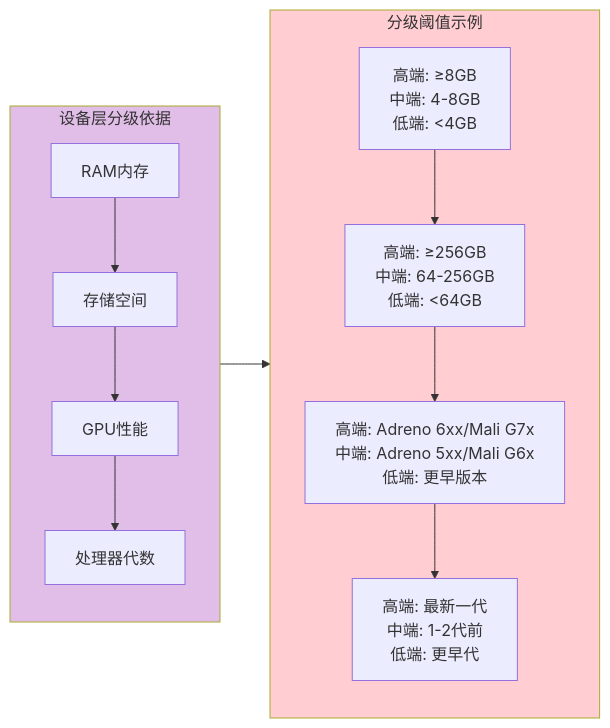
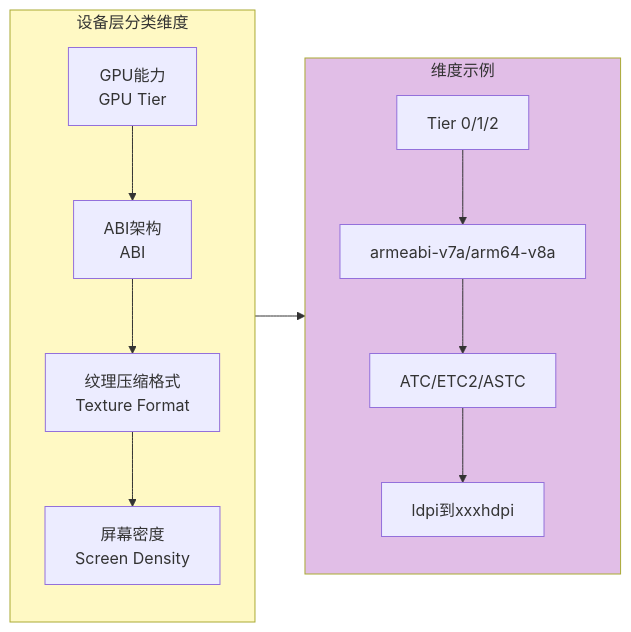
The second of 5 diagrams in AndroidDeveloperGuideStory/Contents/vol21/21.1.95 捆绑设备层.md (Carrie-L/carrie-l.github.io), drawn with Mermaid before and after one commit. The commit also changed other lines of this file, not shown here.

Commit message:
feat(chapter-21.1.95): implement BundleDeviceTier device tier configuration chapter

````diff
--- a/AndroidDeveloperGuideStory/Contents/vol21/21.1.95 捆绑设备层.md
+++ b/AndroidDeveloperGuideStory/Contents/vol21/21.1.95 捆绑设备层.md
@@ -89,23 +82,23 @@
 ```mermaid
 flowchart LR
-    subgraph Criteria["设备层分级依据"]
+    subgraph Dimensions["设备层分类维度"]
         
-        R1[RAM内存] --> R2[存储空间]
-        R2 --> R3[GPU性能]
-        R3 --> R4[处理器代数]
+        D1[GPU能力<br/>GPU Tier] --> D2[ABI架构<br/>ABI]
+        D2 --> D3[纹理压缩格式<br/>Texture Format]
+        D3 --> D4[屏幕密度<br/>Screen Density]
         
     end
     
-    subgraph Thresholds["分级阈值示例"]
+    subgraph Examples["维度示例"]
         
-        T1[高端: ≥8GB<br/>中端: 4-8GB<br/>低端: <4GB] --> T2[高端: ≥256GB<br/>中端: 64-256GB<br/>低端: <64GB]
-        T2 --> T3[高端: Adreno 6xx/Mali G7x<br/>中端: Adreno 5xx/Mali G6x<br/>低端: 更早版本]
-        T3 --> T4[高端: 最新一代<br/>中端: 1-2代前<br/>低端: 更早代]
+        E1[Tier 0/1/2] --> E2[armeabi-v7a/arm64-v8a]
+        E2 --> E3[ATC/ETC2/ASTC]
+        E3 --> E4[ldpi到xxxhdpi]
         
     end
     
-    Criteria --> Thresholds
+    Dimensions --> Examples
     
-    style Criteria fill:#e1bee7
-    style Thresholds fill:#ffcdd2
+    style Dimensions fill:#fff9c4
+    style Examples fill:#e1bee7
 ```
````
